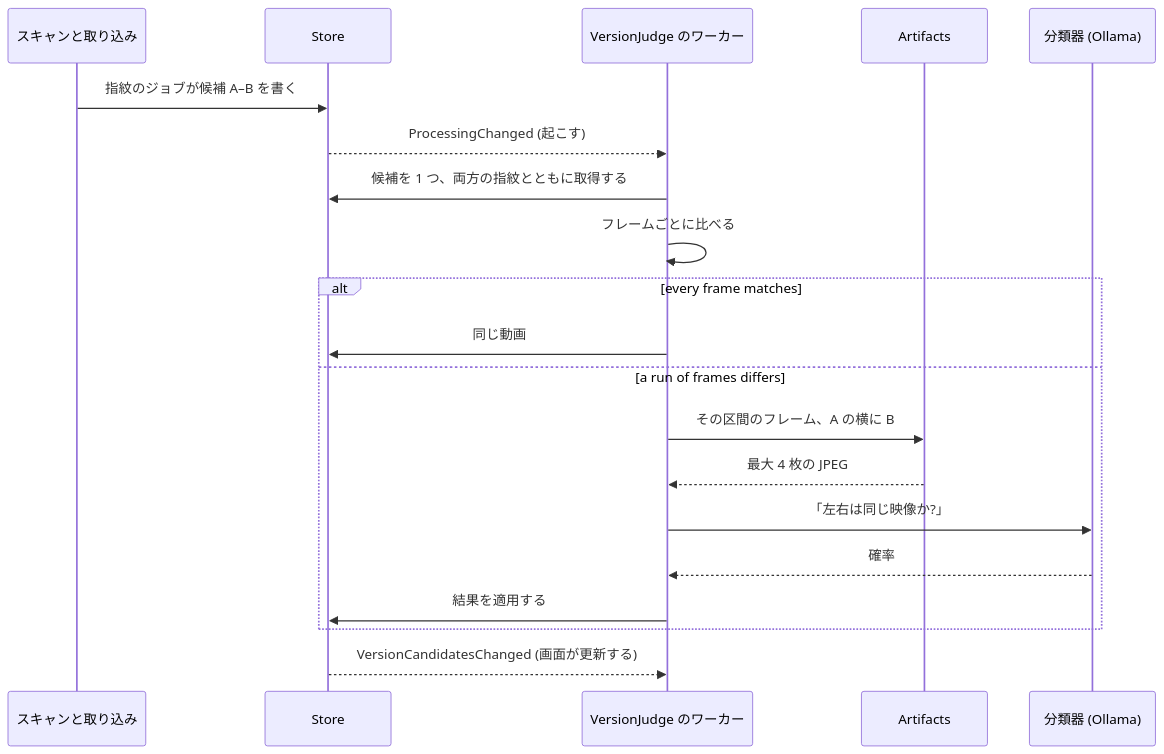
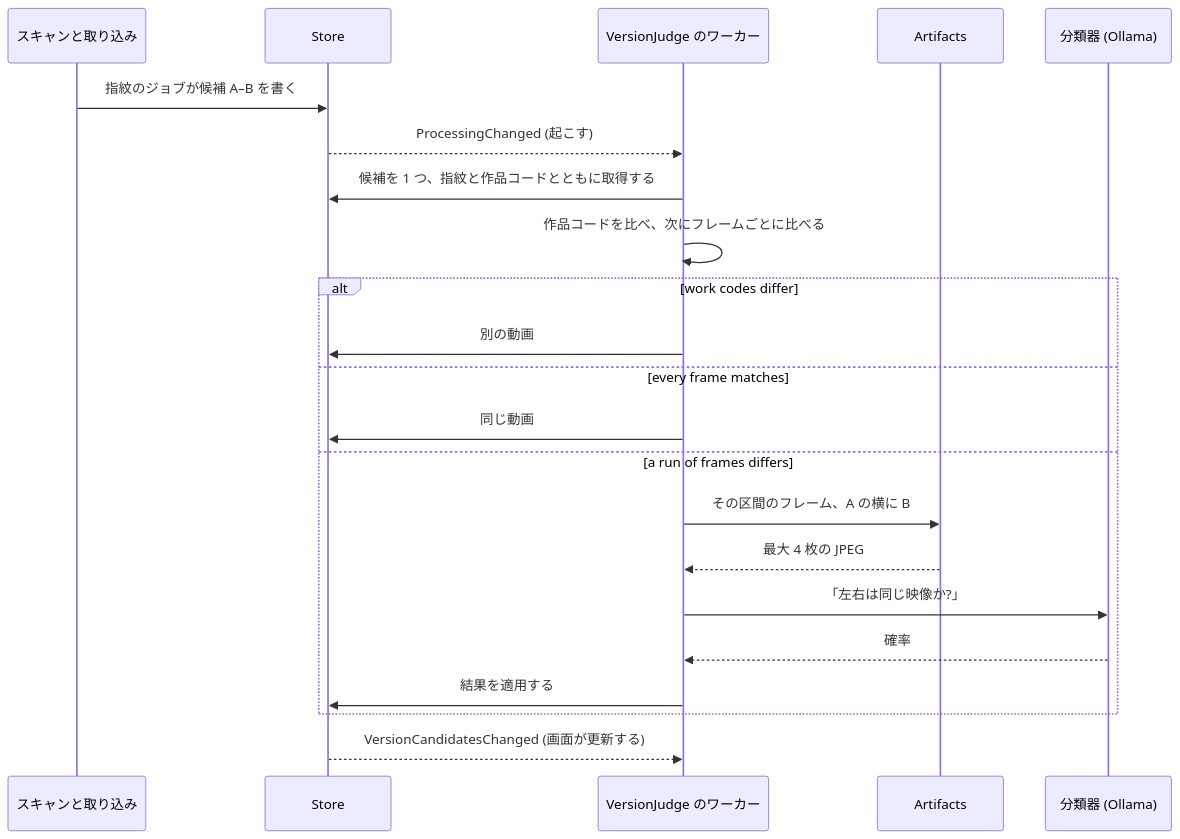
The first of 2 diagrams in translations/ja/specs/054-auto-dup/plan.md (syudead/vv), drawn with Mermaid before and after one commit. The commit also changed other lines of this file and 5 other files, not shown here.

First line of the commit message:
docs(054): use work codes and owner data in judging and the representative

````diff
--- a/translations/ja/specs/054-auto-dup/plan.md
+++ b/translations/ja/specs/054-auto-dup/plan.md
@@ -33,22 +34,24 @@
 ```mermaid
 sequenceDiagram
   participant Scan as スキャンと取り込み
   participant Store as Store
   participant Judge as VersionJudge のワーカー
   participant Art as Artifacts
   participant AI as 分類器 (Ollama)
   Scan->>Store: 指紋のジョブが候補 A–B を書く
   Store-->>Judge: ProcessingChanged (起こす)
-  Judge->>Store: 候補を 1 つ、両方の指紋とともに取得する
-  Judge->>Judge: フレームごとに比べる
-  alt every frame matches
+  Judge->>Store: 候補を 1 つ、指紋と作品コードとともに取得する
+  Judge->>Judge: 作品コードを比べ、次にフレームごとに比べる
+  alt work codes differ
+    Judge->>Store: 別の動画
+  else every frame matches
     Judge->>Store: 同じ動画
   else a run of frames differs
     Judge->>Art: その区間のフレーム、A の横に B
     Art-->>Judge: 最大 4 枚の JPEG
     Judge->>AI: 「左右は同じ映像か?」
     AI-->>Judge: 確率
     Judge->>Store: 結果を適用する
   end
   Store-->>Judge: VersionCandidatesChanged (画面が更新する)
 ```
````
